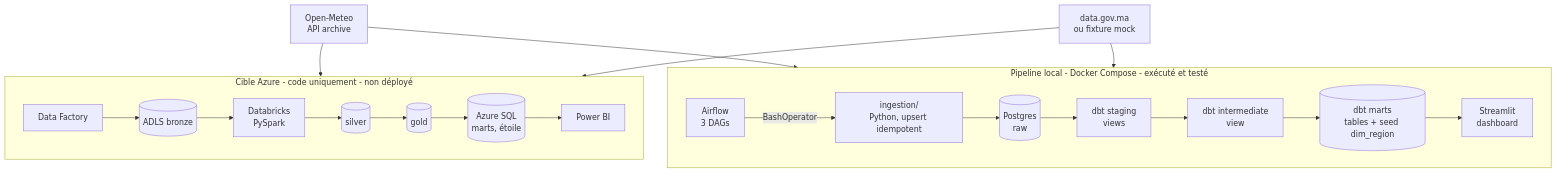
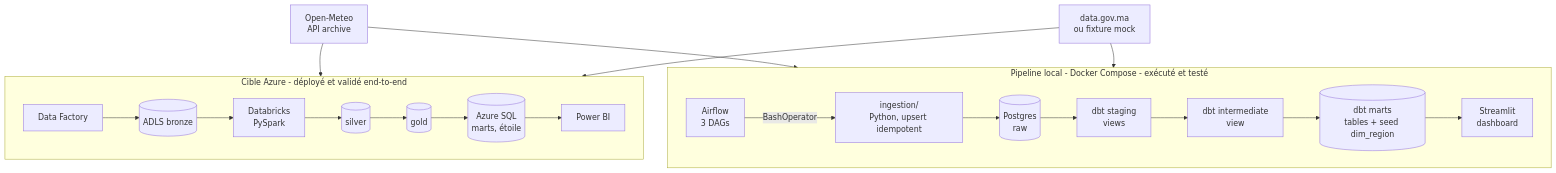
Before and after one commit to BadreMs/pipeline-data-climat-agriculture: the diagram in docs/architecture.md, drawn with Mermaid. The commit also changed other lines of this file and 10 other files, not shown here.

````diff
--- a/docs/architecture.md
+++ b/docs/architecture.md
@@ -12,30 +12,30 @@
 ```mermaid
 flowchart TB
     OM[Open-Meteo<br/>API archive]
     DG[data.gov.ma<br/>ou fixture mock]
 
     subgraph LOCAL [Pipeline local - Docker Compose - exécuté et testé]
         direction LR
         AF[Airflow<br/>3 DAGs] -->|BashOperator| ING[ingestion/<br/>Python, upsert idempotent]
         ING --> RAW[(Postgres<br/>raw)]
         RAW --> STG[dbt staging<br/>views]
         STG --> INT[dbt intermediate<br/>view]
         INT --> MARTS[(dbt marts<br/>tables + seed dim_region)]
         MARTS --> APP[Streamlit<br/>dashboard]
     end
 
-    subgraph AZ [Cible Azure - code uniquement - non déployé]
+    subgraph AZ [Cible Azure - déployé et validé end-to-end]
         direction LR
         ADF[Data Factory] --> BRZ[(ADLS bronze)]
         BRZ --> DBX[Databricks<br/>PySpark]
         DBX --> SLV[(silver)]
         SLV --> GLD[(gold)]
         GLD --> SQL[(Azure SQL<br/>marts, étoile)]
         SQL --> PBI[Power BI]
     end
 
     OM --> ING
     DG --> ING
     OM --> ADF
     DG --> ADF
 ```
````
